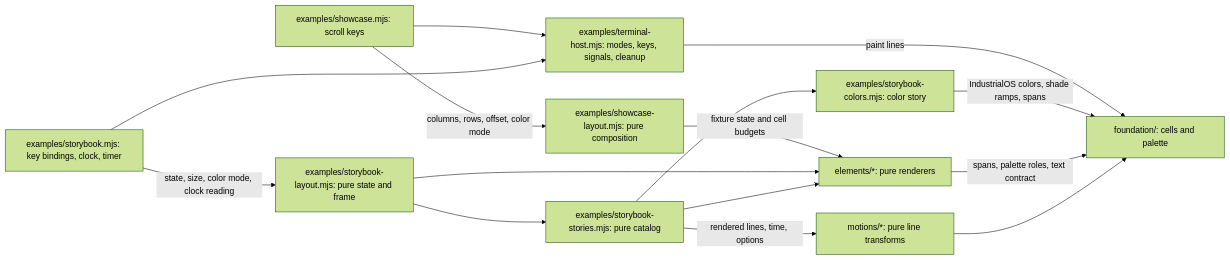
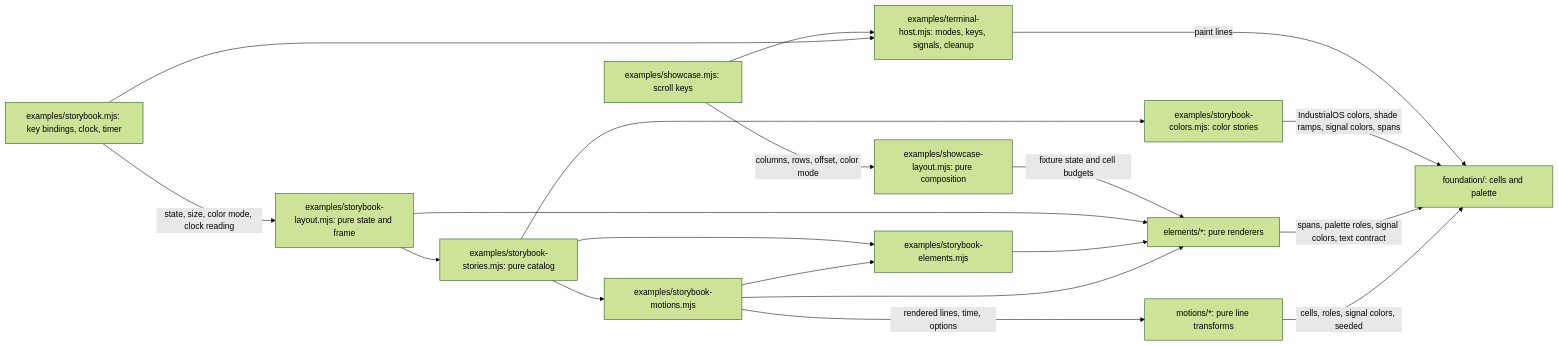
One commit to jigenator/industrial-os changed the diagram in design-system/docs/architecture.md. Above: the diagram before and after it, drawn with Mermaid (forest theme). The commit also changed other lines of this file and 17 other files, not shown here.

Commit message:
feat(design-system): browse every new element, motion and signal color in the storybook, and update the design-system guides

````diff
--- a/design-system/docs/architecture.md
+++ b/design-system/docs/architecture.md
@@ -40,17 +52,21 @@
 ```mermaid
 flowchart LR
     Session["examples/terminal-host.mjs: modes, keys, signals, cleanup"] -->|paint lines| Foundation["foundation/: cells and palette"]
     Showcase["examples/showcase.mjs: scroll keys"] --> Session
     Showcase -->|columns, rows, offset, color mode| ShowLayout["examples/showcase-layout.mjs: pure composition"]
     Storybook["examples/storybook.mjs: key bindings, clock, timer"] --> Session
     Storybook -->|state, size, color mode, clock reading| BookLayout["examples/storybook-layout.mjs: pure state and frame"]
     BookLayout --> Stories["examples/storybook-stories.mjs: pure catalog"]
-    Stories --> Colors["examples/storybook-colors.mjs: color story"]
-    Colors -->|IndustrialOS colors, shade ramps, spans| Foundation
+    Stories --> ElementStories["examples/storybook-elements.mjs"]
+    Stories --> MotionStories["examples/storybook-motions.mjs"]
+    Stories --> Colors["examples/storybook-colors.mjs: color stories"]
+    MotionStories --> ElementStories
+    Colors -->|IndustrialOS colors, shade ramps, signal colors, spans| Foundation
     ShowLayout -->|fixture state and cell budgets| Elements["elements/*: pure renderers"]
     BookLayout --> Elements
-    Stories --> Elements
-    Stories -->|rendered lines, time, options| Motions["motions/*: pure line transforms"]
-    Elements -->|spans, palette roles, text contract| Foundation
-    Motions --> Foundation
+    ElementStories --> Elements
+    MotionStories --> Elements
+    MotionStories -->|rendered lines, time, options| Motions["motions/*: pure line transforms"]
+    Elements -->|spans, palette roles, signal colors, text contract| Foundation
+    Motions -->|cells, roles, signal colors, seeded| Foundation
 ```
````
